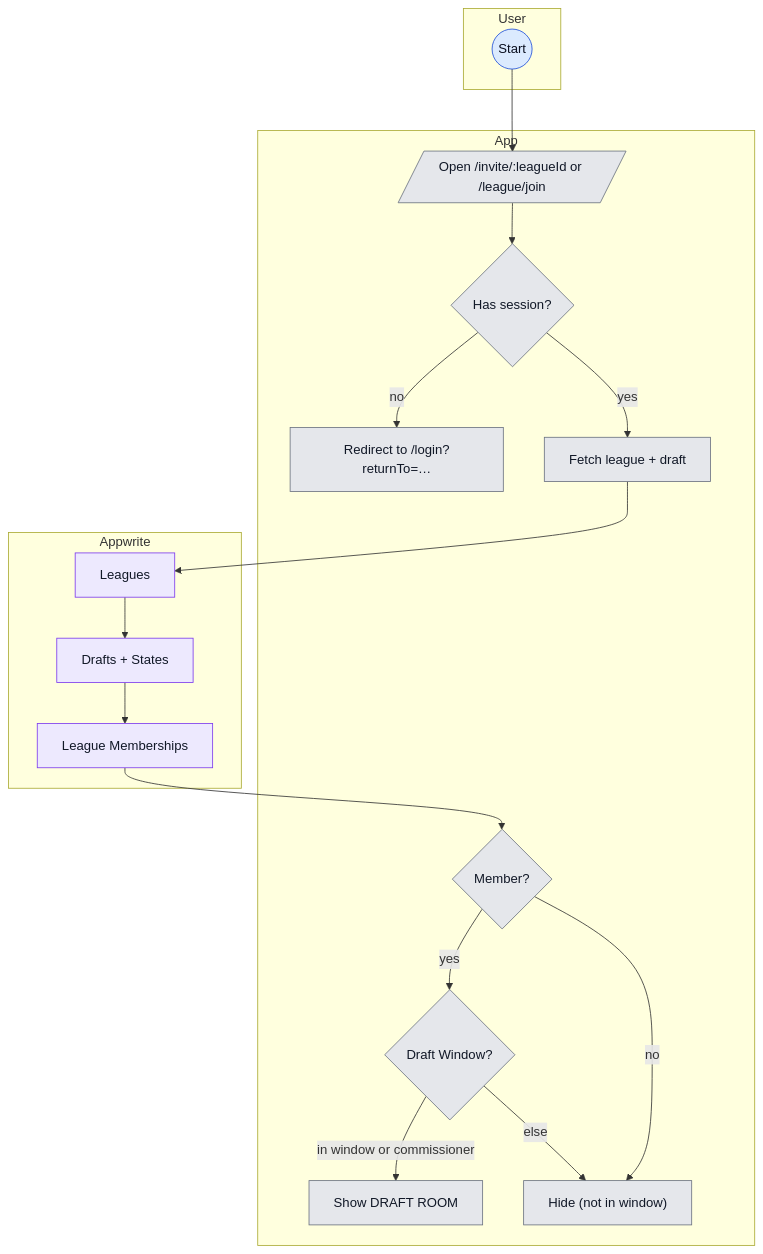
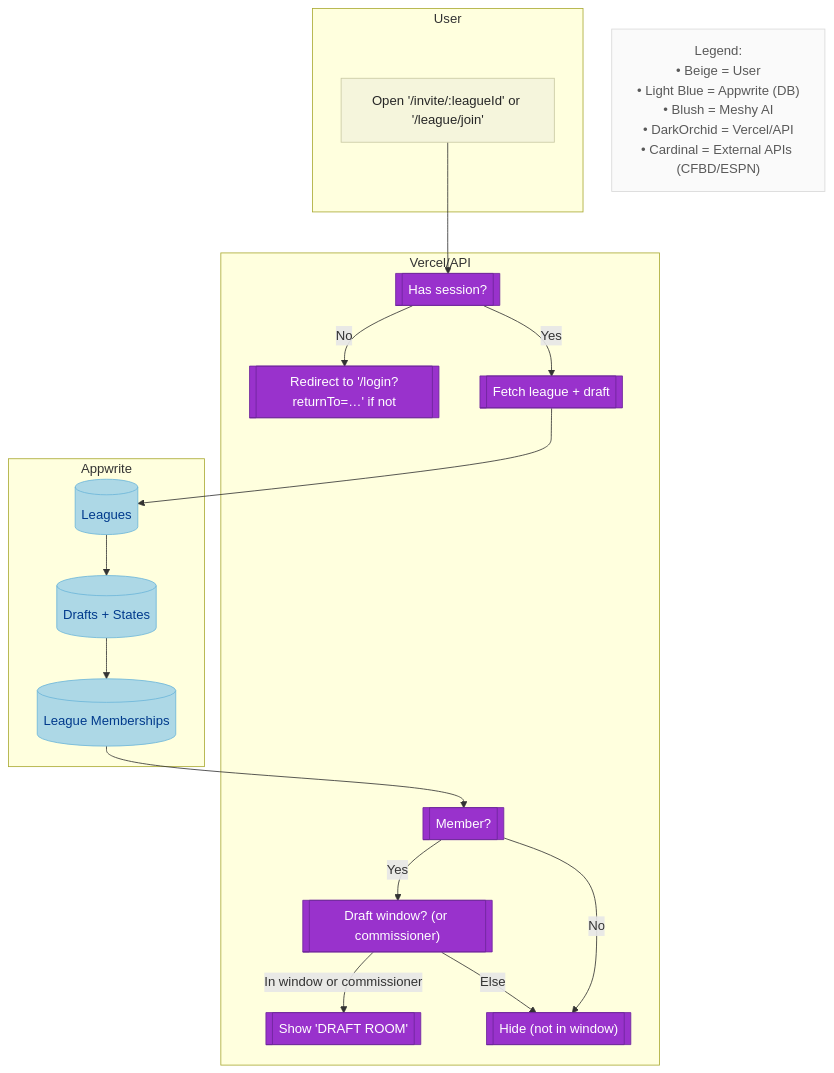
The diagram in docs/diagrams/user-journeys/auth-invite-join-and-draft-room.md (kpm34/college-football-fantasy-app), drawn with Mermaid before and after one commit. The commit also changed 4 other files, not shown here.

Commit message:
docs(user-journeys): standardize to swimlane flowchart TD with classes and legend

````diff
--- a/docs/diagrams/user-journeys/auth-invite-join-and-draft-room.md
+++ b/docs/diagrams/user-journeys/auth-invite-join-and-draft-room.md
@@ -7,39 +7,48 @@
 ```mermaid
 flowchart TD
-  %% Simplify subgraph titles to avoid bracket parsing issues
-  subgraph User
-    U0((Start))
-  end
-  subgraph App
-    %% Replace bracket params to avoid Mermaid NODE_ID parsing issues
-    A1[/Open /invite/:leagueId or /league/join/]
-    A2{Has session?}
-    A3[Redirect to /login?returnTo=…]
-    A4[Fetch league + draft]
-    A5{Member?}
-    A6{Draft Window?}
-    A7["Show DRAFT ROOM"]
-    A8["Hide (not in window)"]
-  end
-  subgraph Appwrite
-    W1[Leagues]
-    W2[Drafts + States]
-    W3[League Memberships]
+  %% Service classes
+  classDef user fill:#F5F5DC,stroke:#C9C9A3,color:#262626;
+  classDef appwrite fill:#ADD8E6,stroke:#6CB6D9,color:#003A8C;
+  classDef meshy fill:#DE5D83,stroke:#B34463,color:#FFFFFF;
+  classDef vercel fill:#9932CC,stroke:#6E259B,color:#FFFFFF;
+  classDef external fill:#C41E3A,stroke:#8E1F2E,color:#FFFFFF;
+  classDef legend fill:#FAFAFA,stroke:#D9D9D9,color:#595959;
+
+  %% Swimlanes
+  subgraph "User"
+    U0["Open '/invite/:leagueId' or '/league/join'"]
   end
 
-  U0 --> A1 --> A2
-  A2 -- no --> A3
-  A2 -- yes --> A4 --> W1 --> W2 --> W3 --> A5
-  A5 -- yes --> A6
-  A5 -- no --> A8
-  A6 -- in window or commissioner --> A7
-  A6 -- else --> A8
+  subgraph "Vercel/API"
+    V0[["Has session?"]]
+    V1[["Redirect to '/login?returnTo=…' if not"]]
+    V2[["Fetch league + draft"]]
+    V3[["Member?"]]
+    V4[["Draft window? (or commissioner)"]]
+    V5[["Show 'DRAFT ROOM'"]]
+    V6[["Hide (not in window)"]]
+  end
 
-  %% Lane colors (match UI legend)
-  classDef laneUser fill:#DBEAFE,stroke:#1D4ED8,color:#0B1020
-  classDef laneApp fill:#E5E7EB,stroke:#6B7280,color:#111827
-  classDef laneAppwrite fill:#EDE9FE,stroke:#7C3AED,color:#111827
-  class U0 laneUser
-  class A1,A2,A3,A4,A5,A6,A7,A8 laneApp
-  class W1,W2,W3 laneAppwrite
+  subgraph "Appwrite"
+    A0[("Leagues")]
+    A1[("Drafts + States")]
+    A2[("League Memberships")]
+  end
+
+  %% Flow
+  U0 --> V0
+  V0 -- "No" --> V1
+  V0 -- "Yes" --> V2 --> A0 --> A1 --> A2 --> V3
+  V3 -- "Yes" --> V4
+  V3 -- "No" --> V6
+  V4 -- "In window or commissioner" --> V5
+  V4 -- "Else" --> V6
+
+  %% Classes
+  class U0 user
+  class V0,V1,V2,V3,V4,V5,V6 vercel
+  class A0,A1,A2 appwrite
+
+  %% Legend at end
+  Legend["Legend:\n• Beige = User\n• Light Blue = Appwrite (DB)\n• Blush = Meshy AI\n• DarkOrchid = Vercel/API\n• Cardinal = External APIs (CFBD/ESPN)"]:::legend
 ```
````
